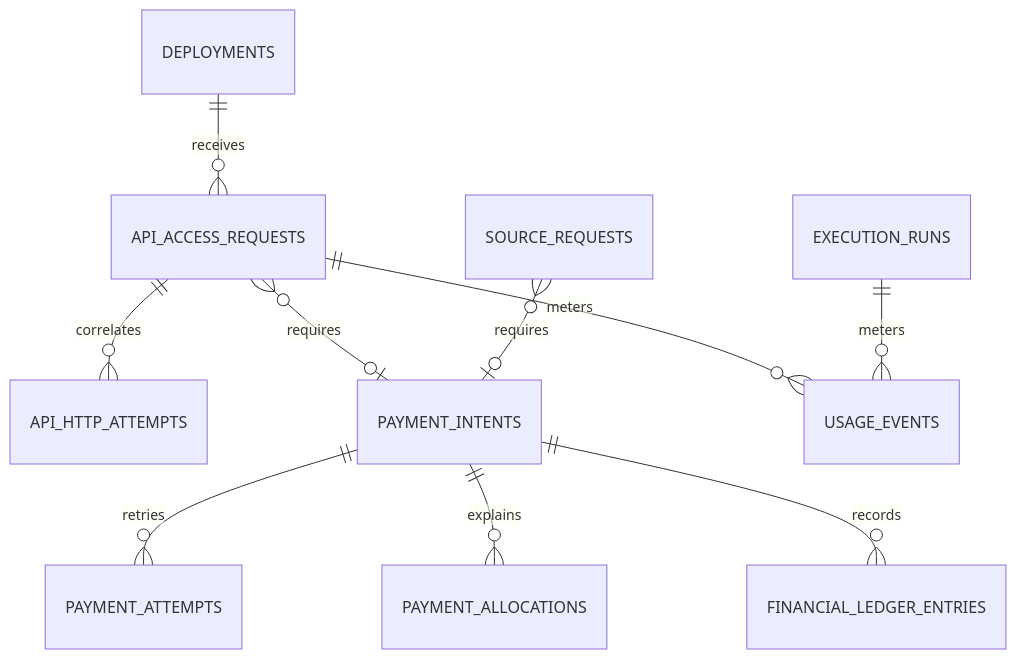
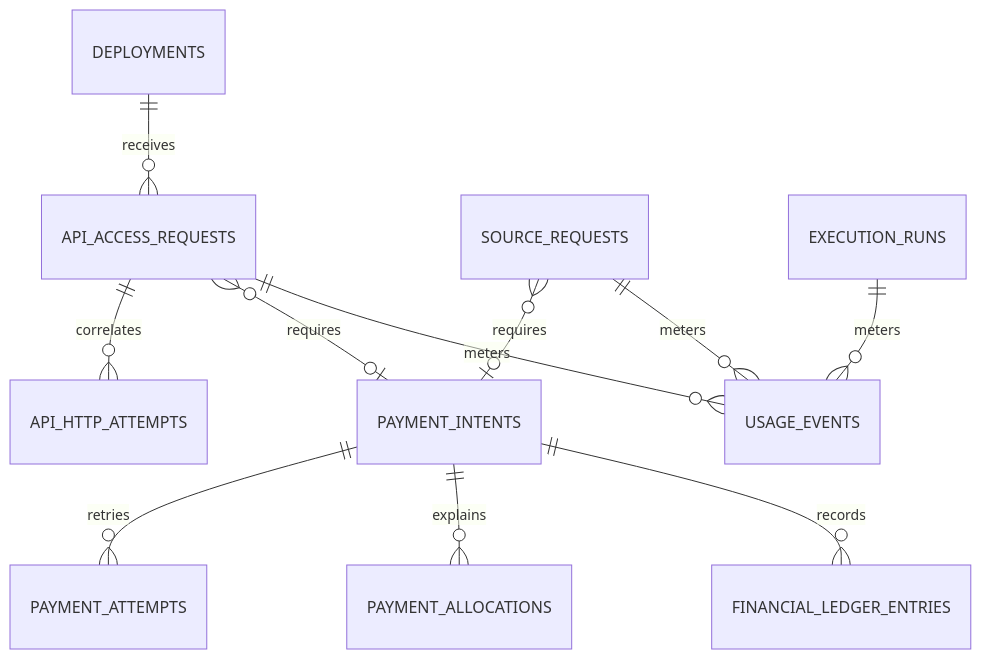
One commit to MrGood4U/sprue_hackathon changed the third of 3 diagrams in data-model.md. Above: the diagram before and after it, drawn with Mermaid. The commit also changed other lines of this file and 6 other files, not shown here.

Commit message:
docs: add customer Graph API key mode

````diff
--- a/data-model.md
+++ b/data-model.md
@@ -146,12 +151,13 @@
 ```mermaid
 erDiagram
     DEPLOYMENTS ||--o{ API_ACCESS_REQUESTS : receives
     API_ACCESS_REQUESTS ||--o{ API_HTTP_ATTEMPTS : correlates
     API_ACCESS_REQUESTS }o--o| PAYMENT_INTENTS : requires
     SOURCE_REQUESTS }o--o| PAYMENT_INTENTS : requires
     PAYMENT_INTENTS ||--o{ PAYMENT_ATTEMPTS : retries
     PAYMENT_INTENTS ||--o{ PAYMENT_ALLOCATIONS : explains
     PAYMENT_INTENTS ||--o{ FINANCIAL_LEDGER_ENTRIES : records
     API_ACCESS_REQUESTS ||--o{ USAGE_EVENTS : meters
     EXECUTION_RUNS ||--o{ USAGE_EVENTS : meters
+    SOURCE_REQUESTS ||--o{ USAGE_EVENTS : meters
 ```
````
